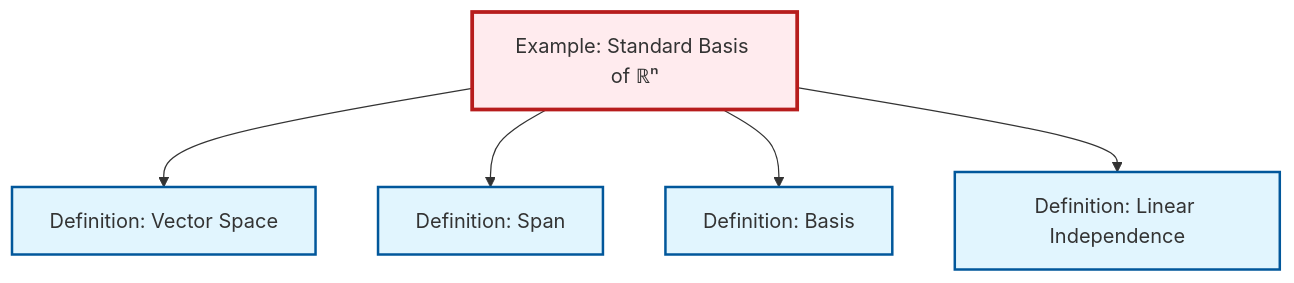
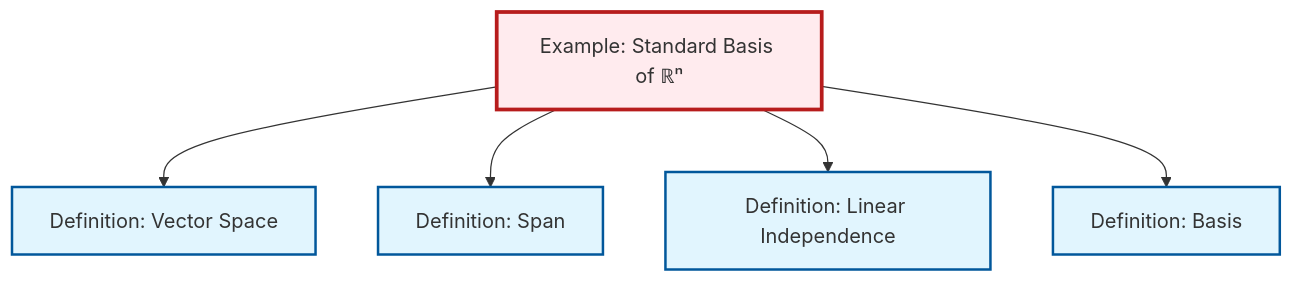
Before and after one commit to RK0429/ModernMath: the diagram in content/en/algebra/ex-standard-basis-rn.qmd, drawn with Mermaid. The commit also changed other lines of this file and 654 other files, not shown here.

````diff
--- a/content/en/algebra/ex-standard-basis-rn.qmd
+++ b/content/en/algebra/ex-standard-basis-rn.qmd
@@ -62,23 +62,23 @@
 ```{mermaid}
 %%| fig-cap: "Local dependency graph"
 graph TD
     classDef definition fill:#e1f5fe,stroke:#01579b,stroke-width:2px
     classDef theorem fill:#f3e5f5,stroke:#4a148c,stroke-width:2px
     classDef axiom fill:#fff3e0,stroke:#e65100,stroke-width:2px
     classDef example fill:#e8f5e9,stroke:#1b5e20,stroke-width:2px
     classDef current fill:#ffebee,stroke:#b71c1c,stroke-width:3px
     ex-standard-basis-rn["Example: Standard Basis of ℝⁿ"]:::example
+    def-span["Definition: Span"]:::definition
     def-basis["Definition: Basis"]:::definition
+    def-linear-independence["Definition: Linear Independence"]:::definition
     def-vector-space["Definition: Vector Space"]:::definition
-    def-linear-independence["Definition: Linear Independence"]:::definition
-    def-span["Definition: Span"]:::definition
     ex-standard-basis-rn --> def-vector-space
     ex-standard-basis-rn --> def-span
+    ex-standard-basis-rn --> def-linear-independence
     ex-standard-basis-rn --> def-basis
-    ex-standard-basis-rn --> def-linear-independence
     class ex-standard-basis-rn current
+    click def-span "def-span.html" "Go to Span definition"
     click def-basis "def-basis.html" "Go to Basis definition"
+    click def-linear-independence "def-linear-independence.html" "Go to Linear Independence definition"
     click def-vector-space "def-vector-space.html" "Go to Vector Space definition"
-    click def-linear-independence "def-linear-independence.html" "Go to Linear Independence definition"
-    click def-span "def-span.html" "Go to Span definition"
 ```
````
